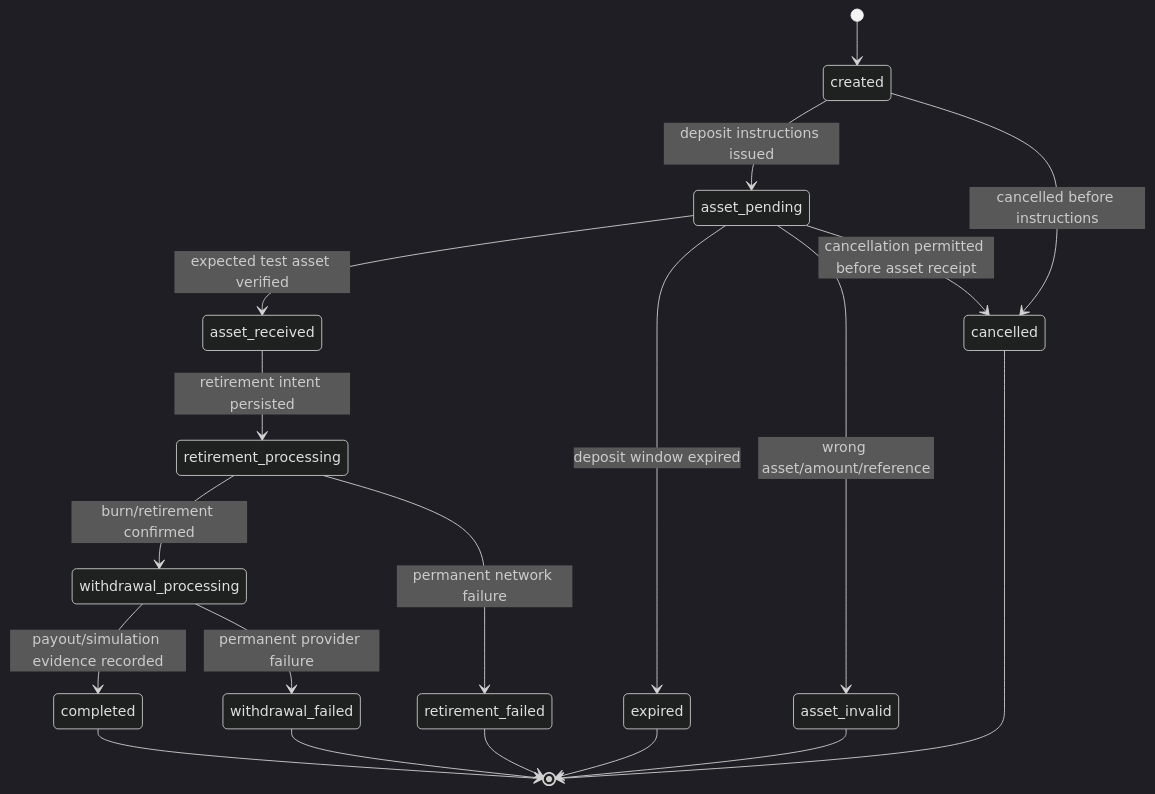
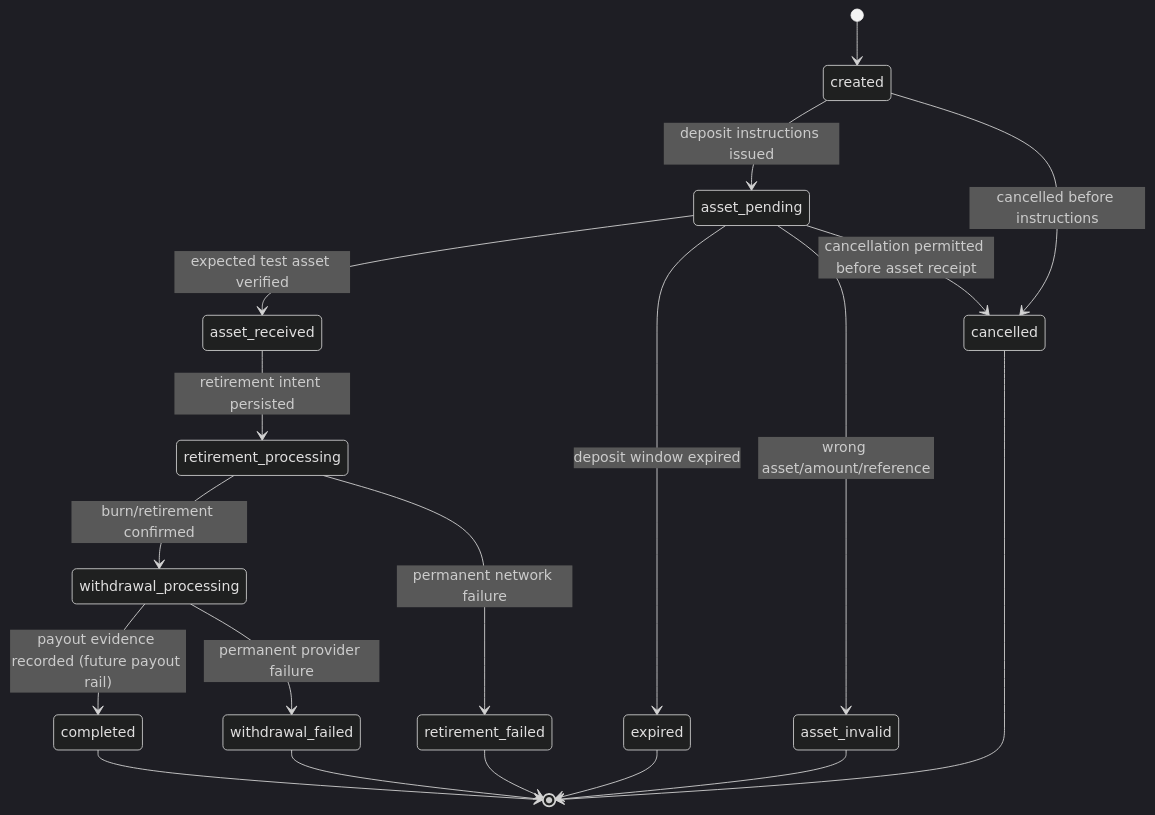
One commit to kailopay/kailo-be changed the second of 2 diagrams in documentations/backend/ORDER-STATE-MACHINES.md. Above: the diagram before and after it, drawn with Mermaid (dark theme). The commit also changed other lines of this file and 26 other files, not shown here.

Commit message:
fix(offramp): defer payout until payout rail is available

````diff
--- a/documentations/backend/ORDER-STATE-MACHINES.md
+++ b/documentations/backend/ORDER-STATE-MACHINES.md
@@ -66,21 +66,21 @@
 ```mermaid
 stateDiagram-v2
     [*] --> created
     created --> asset_pending: deposit instructions issued
     asset_pending --> asset_received: expected test asset verified
     asset_pending --> expired: deposit window expired
     asset_pending --> asset_invalid: wrong asset/amount/reference
     asset_received --> retirement_processing: retirement intent persisted
     retirement_processing --> withdrawal_processing: burn/retirement confirmed
     retirement_processing --> retirement_failed: permanent network failure
-    withdrawal_processing --> completed: payout/simulation evidence recorded
+    withdrawal_processing --> completed: payout evidence recorded (future payout rail)
     withdrawal_processing --> withdrawal_failed: permanent provider failure
     created --> cancelled: cancelled before instructions
     asset_pending --> cancelled: cancellation permitted before asset receipt
     completed --> [*]
     expired --> [*]
     asset_invalid --> [*]
     retirement_failed --> [*]
     withdrawal_failed --> [*]
     cancelled --> [*]
 ```
````
